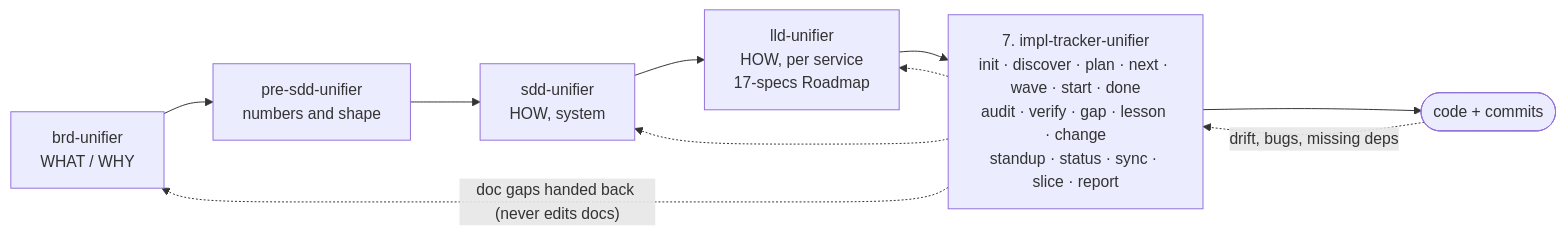
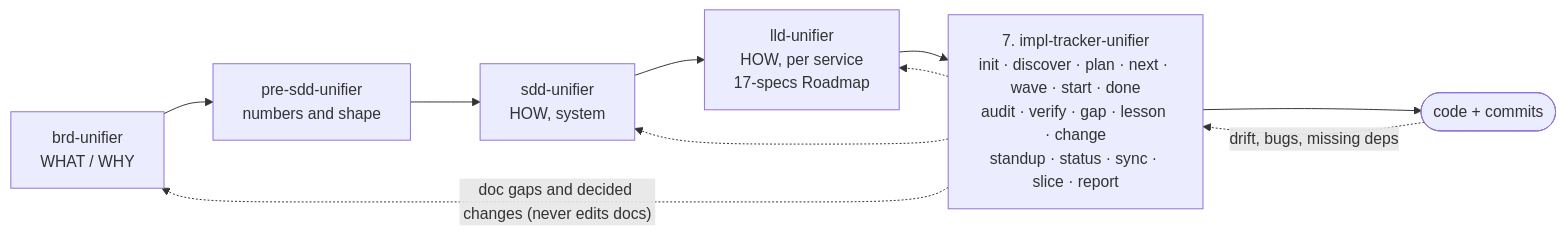
The diagram in impl-tracker-unifier/README.md (mhshahin01/builders-skills), drawn with Mermaid before and after one commit. The commit also changed other lines of this file and 54 other files, not shown here.

````diff
--- a/impl-tracker-unifier/README.md
+++ b/impl-tracker-unifier/README.md
@@ -7,11 +7,11 @@
 ```mermaid
 flowchart LR
     brd["brd-unifier<br/>WHAT / WHY"] --> psdd["pre-sdd-unifier<br/>numbers and shape"] --> sdd["sdd-unifier<br/>HOW, system"]
     sdd --> lld["lld-unifier<br/>HOW, per service<br/>17-specs Roadmap"]
     lld --> trk["7. impl-tracker-unifier<br/>init · discover · plan · next · wave · start · done<br/>audit · verify · gap · lesson · change<br/>standup · status · sync · slice · report"]
     trk --> code(["code + commits"])
     code -. "drift, bugs, missing deps" .-> trk
-    trk -. "doc gaps handed back (never edits docs)" .-> brd
+    trk -. "doc gaps and decided changes (never edits docs)" .-> brd
     trk -.-> sdd
     trk -.-> lld
 ```
````
